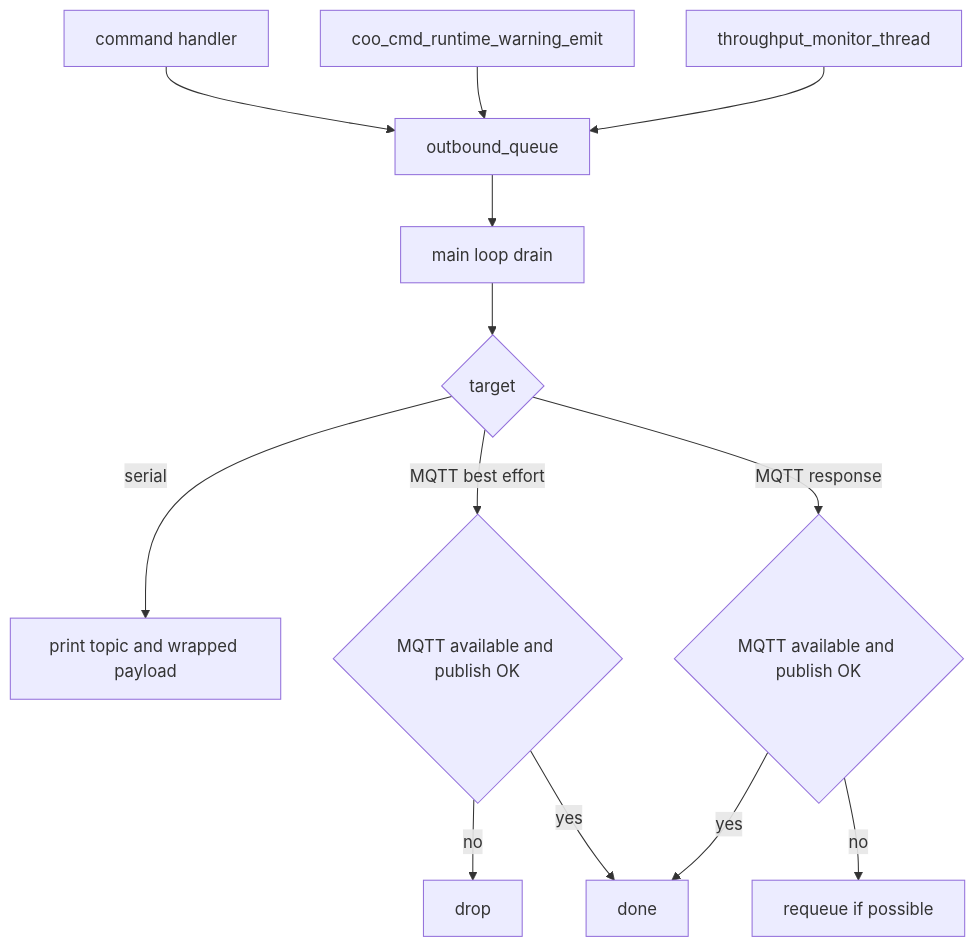
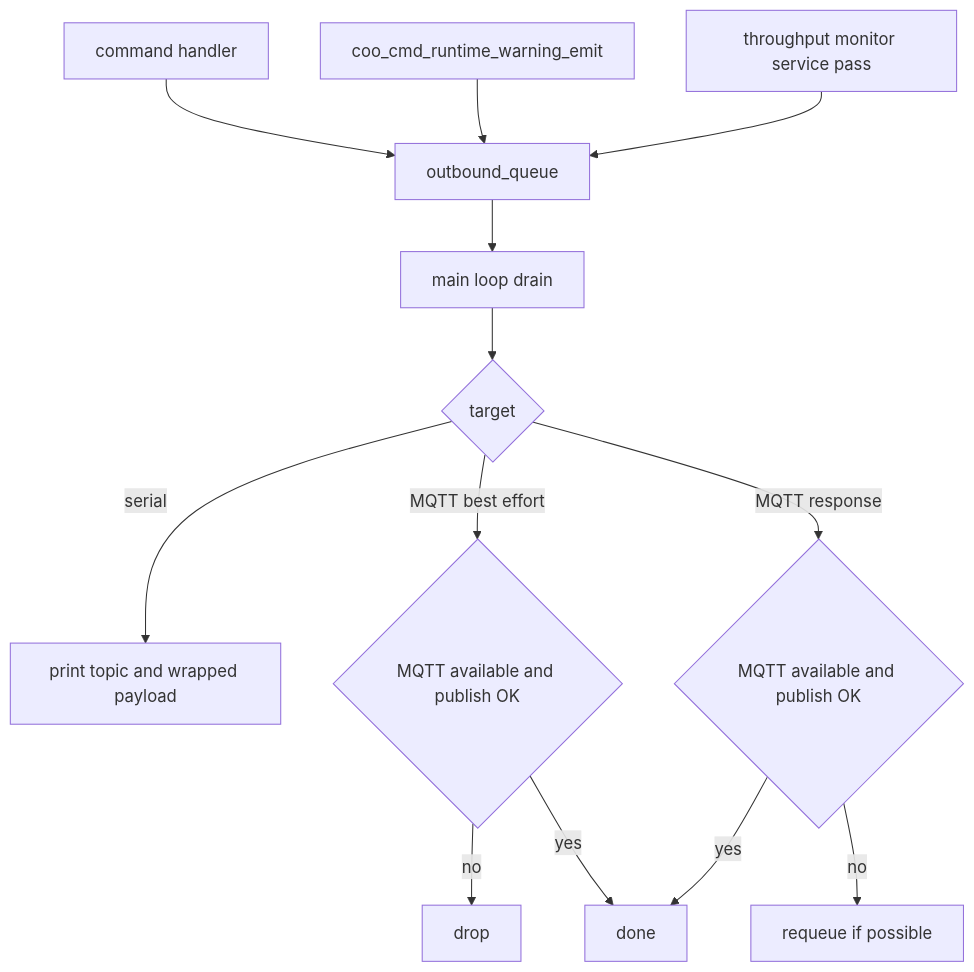
Before and after one commit to COO-Utilities/hispec-tib: the seventh of 22 diagrams in doc/diagrams.md, drawn with Mermaid. The commit also changed other lines of this file and 8 other files, not shown here.

````diff
--- a/doc/diagrams.md
+++ b/doc/diagrams.md
@@ -139,15 +139,15 @@
 ```mermaid
 flowchart TD
   Handler[command handler] --> OutQ[outbound_queue]
   Warning[coo_cmd_runtime_warning_emit] --> OutQ
-  Throughput[throughput_monitor_thread] --> OutQ
+  Throughput[throughput monitor service pass] --> OutQ
   OutQ --> Drain[main loop drain]
   Drain --> Target{target}
   Target -- serial --> Print[print topic and wrapped payload]
   Target -- MQTT best effort --> MQTTBE{MQTT available and publish OK}
   Target -- MQTT response --> MQTT{MQTT available and publish OK}
   MQTTBE -- no --> Drop[drop]
   MQTTBE -- yes --> Done[done]
   MQTT -- no --> Requeue[requeue if possible]
   MQTT -- yes --> Done
 ```
````
